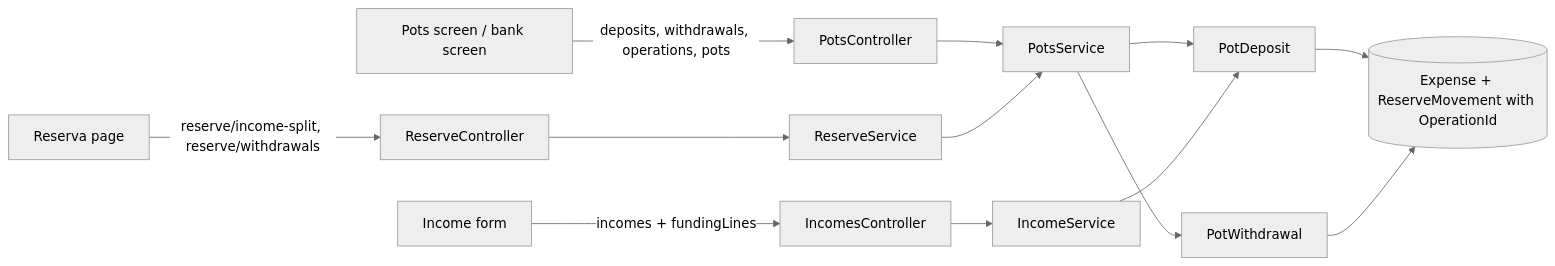
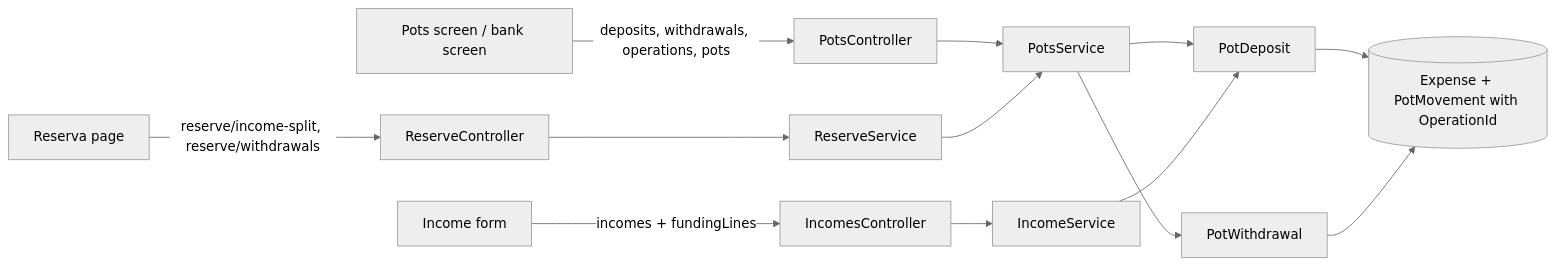
One commit to ggibellato/Financial changed the diagram in docs/prd/P60-prd-cashflow-accounts-generalization/features/P60-F10-linked-deposit-withdrawal-and-pots-screen/spec.md. Above: the diagram before and after it, drawn with Mermaid (neutral theme). The commit also changed other lines of this file, not shown here.

Commit message:
docs(P60-F10): use the Pot and PotMovement names in the spec

````diff
--- a/docs/prd/P60-prd-cashflow-accounts-generalization/features/P60-F10-linked-deposit-withdrawal-and-pots-screen/spec.md
+++ b/docs/prd/P60-prd-cashflow-accounts-generalization/features/P60-F10-linked-deposit-withdrawal-and-pots-screen/spec.md
@@ -56,15 +56,15 @@
 ```mermaid
 flowchart LR
   PotsUI[Pots screen / bank screen] -->|deposits, withdrawals, operations, pots| PotsCtl[PotsController]
   IncomeUI[Income form] -->|incomes + fundingLines| IncomesCtl[IncomesController]
   Reserva[Reserva page] -->|reserve/income-split, reserve/withdrawals| ReserveCtl[ReserveController]
   PotsCtl --> PotsSvc[PotsService]
   IncomesCtl --> IncomeSvc[IncomeService]
   ReserveCtl --> ReserveSvc[ReserveService]
   ReserveSvc --> PotsSvc
   PotsSvc --> Deposit[PotDeposit]
   PotsSvc --> Withdrawal[PotWithdrawal]
   IncomeSvc --> Deposit
-  Deposit --> Records[(Expense + ReserveMovement with OperationId)]
+  Deposit --> Records[(Expense + PotMovement with OperationId)]
   Withdrawal --> Records
 ```
````
